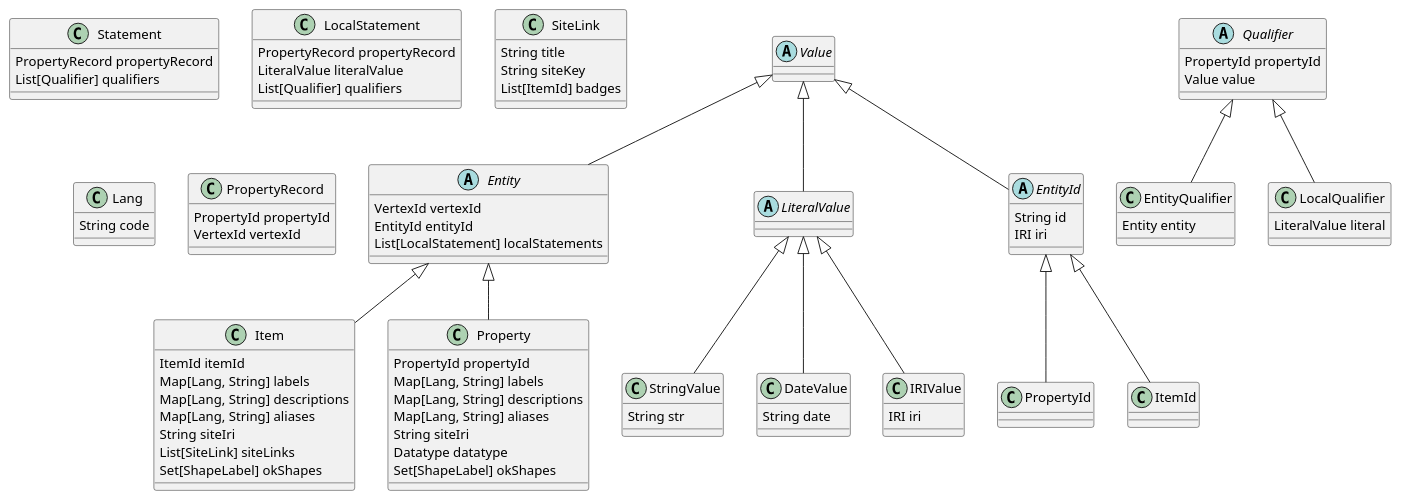
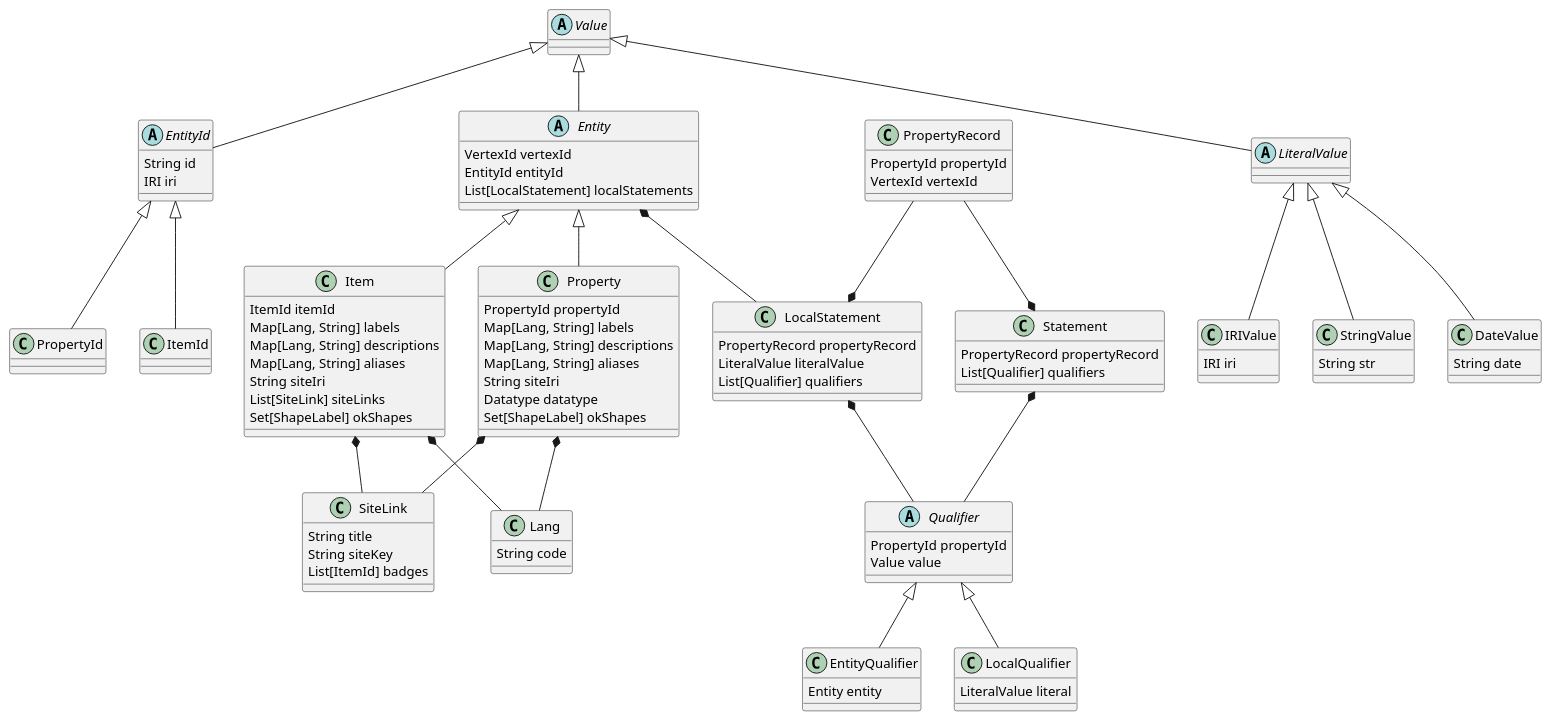
The diagram in docs/figures/diagrams/8-1_wikibaseClassDiagram.pu (angelip2303/tfg), drawn with PlantUML before and after one commit. The commit also changed 2 other files, not shown here.

Commit message:
improving Wikibase class diagram

```diff
--- a/docs/figures/diagrams/8-1_wikibaseClassDiagram.pu
+++ b/docs/figures/diagrams/8-1_wikibaseClassDiagram.pu
@@ -1,91 +1,101 @@
 @startuml
 abstract class Value { }
 
 abstract class Entity extends Value {
     VertexId vertexId
     EntityId entityId
     List[LocalStatement] localStatements
 }
 
 class Item extends Entity {
     ItemId itemId
     Map[Lang, String] labels
     Map[Lang, String] descriptions
     Map[Lang, String] aliases
     String siteIri
     List[SiteLink] siteLinks
     Set[ShapeLabel] okShapes
 }
 
 class Property extends Entity {
     PropertyId propertyId
     Map[Lang, String] labels
     Map[Lang, String] descriptions
     Map[Lang, String] aliases
     String siteIri
     Datatype datatype
     Set[ShapeLabel] okShapes
 }
 
 abstract class LiteralValue extends Value {}
 
 class StringValue extends LiteralValue {
     String str
 }
 
 class DateValue extends LiteralValue {
     String date
 }
 
 class IRIValue extends LiteralValue {
     IRI iri
 }
 
 abstract class Qualifier {
     PropertyId propertyId
     Value value
 }
 
 class EntityQualifier extends Qualifier {
     Entity entity
 }
 
 class LocalQualifier extends Qualifier {
     LiteralValue literal
 }
 
 class Statement {
     PropertyRecord propertyRecord
     List[Qualifier] qualifiers
 }
 
 class LocalStatement {
     PropertyRecord propertyRecord
     LiteralValue literalValue
     List[Qualifier] qualifiers
 }
 
 class SiteLink {
     String title
     String siteKey
     List[ItemId] badges
 }
 
 abstract class EntityId extends Value {
     String id
     IRI iri
 }
 
 class PropertyId extends EntityId { }
 
 class ItemId extends EntityId { }
 
 class Lang {
     String code
 }
 
 class PropertyRecord {
     PropertyId propertyId
     VertexId vertexId
 }
+
+Item *-- SiteLink
+Property *-- SiteLink
+Entity *-- LocalStatement
+LocalStatement *-- Qualifier
+Statement *-- Qualifier
+Item *-- Lang
+Property *-- Lang
+PropertyRecord --* LocalStatement
+PropertyRecord --* Statement
 @enduml
```
